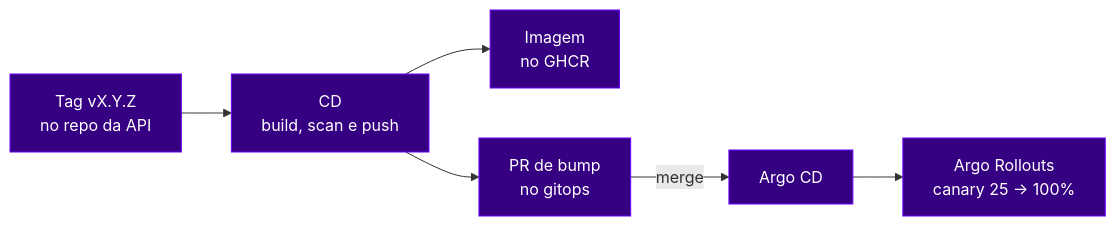
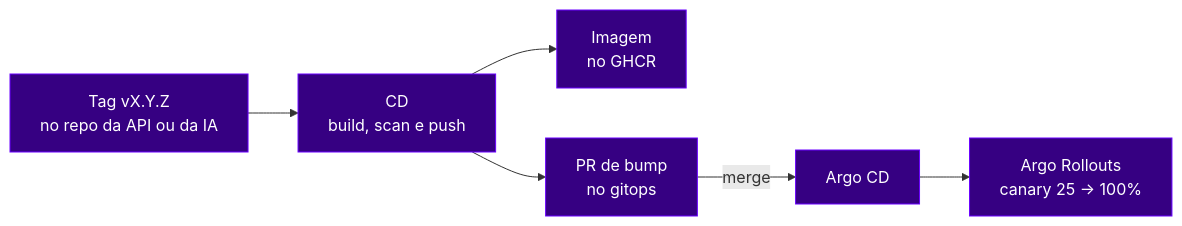
Before and after one commit to InventraTech/.github: the second of 2 diagrams in profile/README.md, drawn with Mermaid. The commit also changed other lines of this file, not shown here.

Commit message:
docs: atualiza o fluxo de entrega contínua no README da organização (API e IA, PR de bump pelo bot) (#25)

````diff
--- a/profile/README.md
+++ b/profile/README.md
@@ -126,11 +126,11 @@
 ```mermaid
 flowchart LR
-    TAG["Tag vX.Y.Z<br/>no repo da API"] --> CD["CD<br/>build, scan e push"]
+    TAG["Tag vX.Y.Z<br/>no repo da API ou da IA"] --> CD["CD<br/>build, scan e push"]
     CD --> IMG["Imagem<br/>no GHCR"]
     CD --> PR["PR de bump<br/>no gitops"]
     PR -->|merge| ARGO["Argo CD"]
     ARGO --> CAN["Argo Rollouts<br/>canary 25 → 100%"]
 
     classDef etapa fill:#360082,stroke:#6A00FF,color:#ffffff
     class TAG,CD,IMG,PR,ARGO,CAN etapa
 ```
````
